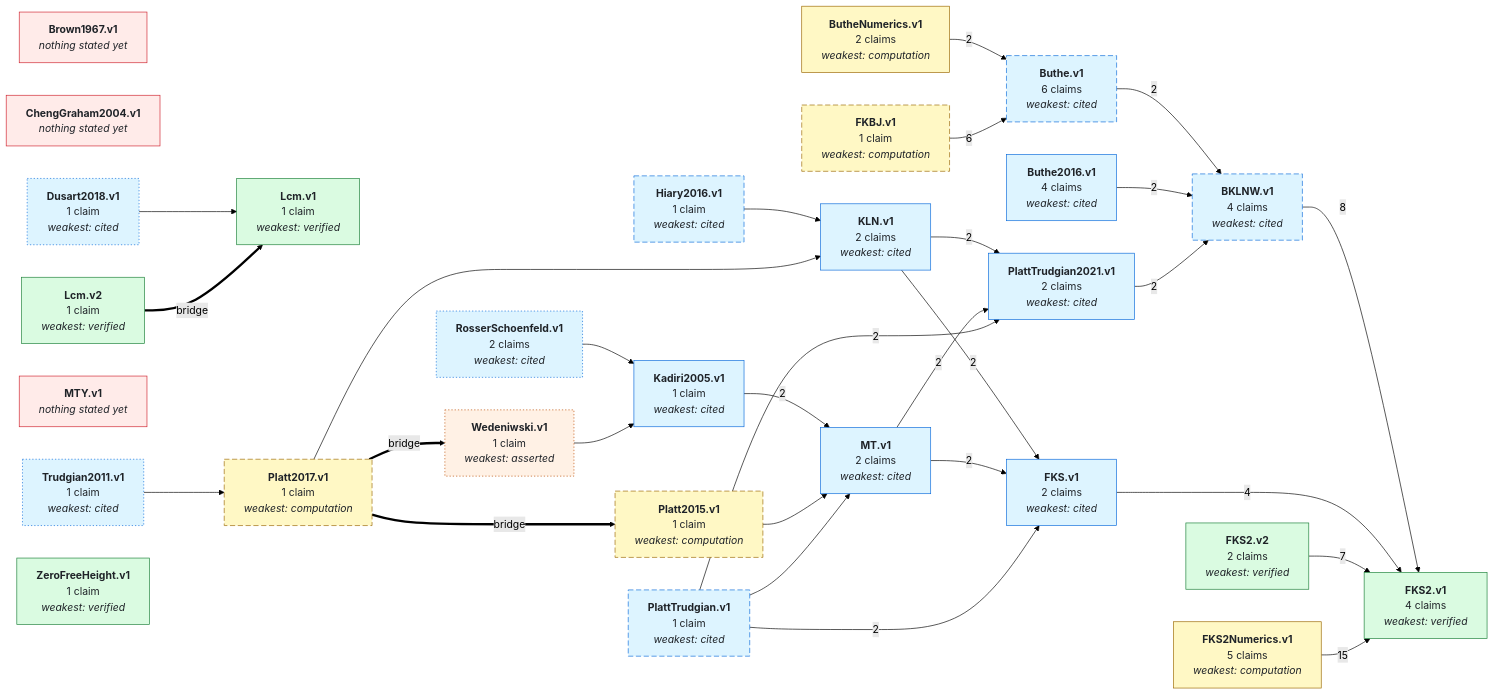
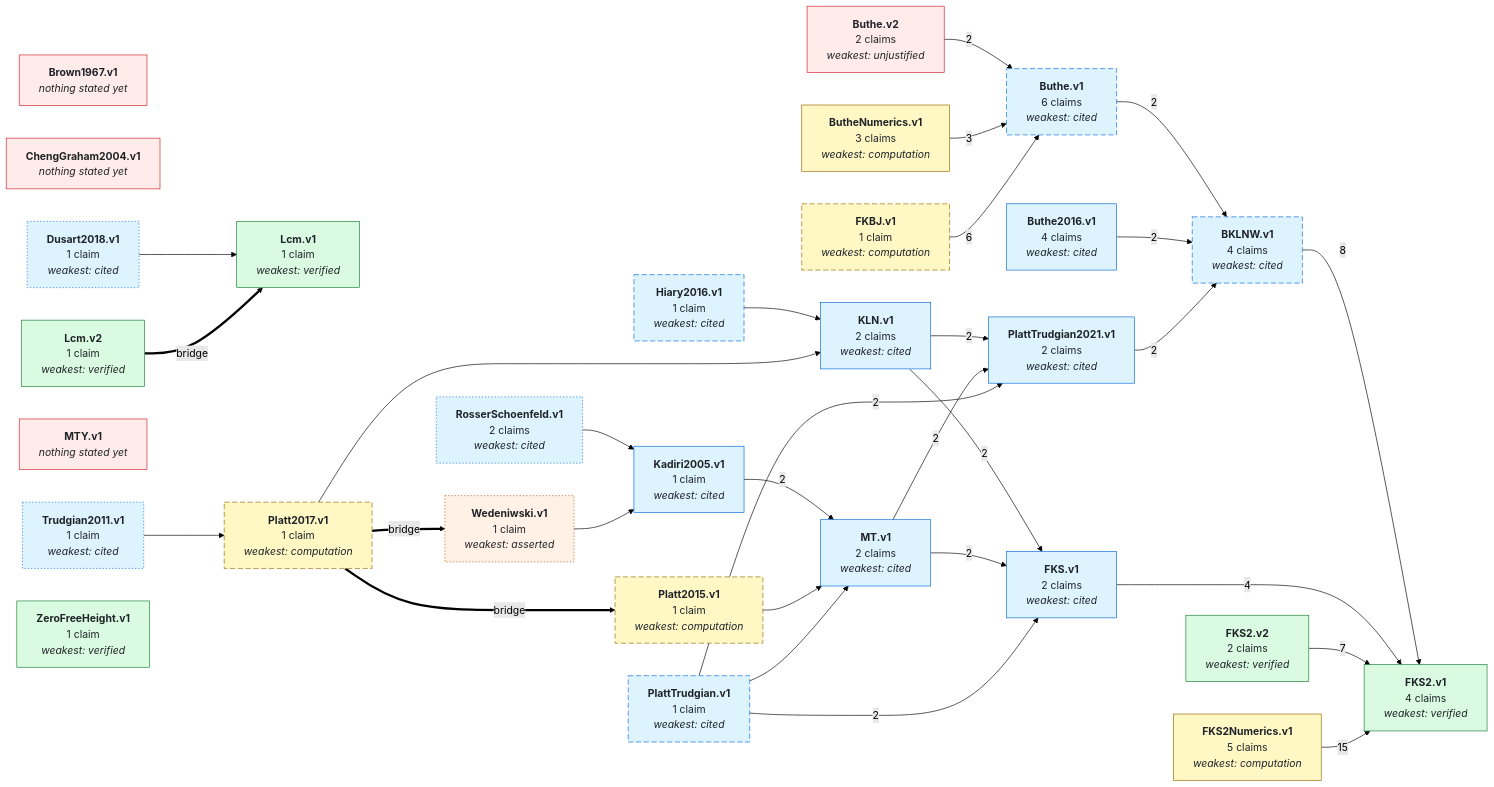
The first of 2 diagrams in GRAPH.md (teorth/IEANTN), drawn with Mermaid (forest theme) before and after one commit. The commit also changed other lines of this file and 14 other files, not shown here.

```diff
--- a/GRAPH.md
+++ b/GRAPH.md
@@ -55,8 +55,9 @@
   NBKLNW_v1["<b>BKLNW.v1</b><br/>4 claims<br/><i>weakest: cited</i>"]
   NBrown1967_v1["<b>Brown1967.v1</b><br/><i>nothing stated yet</i>"]
   NButhe_v1["<b>Buthe.v1</b><br/>6 claims<br/><i>weakest: cited</i>"]
+  NButhe_v2["<b>Buthe.v2</b><br/>2 claims<br/><i>weakest: unjustified</i>"]
   NButhe2016_v1["<b>Buthe2016.v1</b><br/>4 claims<br/><i>weakest: cited</i>"]
-  NButheNumerics_v1["<b>ButheNumerics.v1</b><br/>2 claims<br/><i>weakest: computation</i>"]
+  NButheNumerics_v1["<b>ButheNumerics.v1</b><br/>3 claims<br/><i>weakest: computation</i>"]
   NChengGraham2004_v1["<b>ChengGraham2004.v1</b><br/><i>nothing stated yet</i>"]
   NDusart2018_v1["<b>Dusart2018.v1</b><br/>1 claim<br/><i>weakest: cited</i>"]
   NFKBJ_v1["<b>FKBJ.v1</b><br/>1 claim<br/><i>weakest: computation</i>"]
@@ -81,8 +82,9 @@
   NZeroFreeHeight_v1["<b>ZeroFreeHeight.v1</b><br/>1 claim<br/><i>weakest: verified</i>"]
   NBKLNW_v1 -->|8| NFKS2_v1
   NButhe_v1 -->|2| NBKLNW_v1
+  NButhe_v2 -->|2| NButhe_v1
   NButhe2016_v1 -->|2| NBKLNW_v1
-  NButheNumerics_v1 -->|2| NButhe_v1
+  NButheNumerics_v1 -->|3| NButhe_v1
   NDusart2018_v1 --> NLcm_v1
   NFKBJ_v1 -->|6| NButhe_v1
   NFKS_v1 -->|4| NFKS2_v1
@@ -117,13 +119,14 @@
   style NRosserSchoenfeld_v1 stroke-dasharray: 2 3;
   style NTrudgian2011_v1 stroke-dasharray: 2 3;
   style NWedeniwski_v1 stroke-dasharray: 2 3;
-  class NBrown1967_v1,NChengGraham2004_v1,NMTY_v1 none_yet;
+  class NBrown1967_v1,NButhe_v2,NChengGraham2004_v1,NMTY_v1 none_yet;
   class NWedeniwski_v1 asserted;
   class NBKLNW_v1,NButhe_v1,NButhe2016_v1,NDusart2018_v1,NFKS_v1,NHiary2016_v1,NKLN_v1,NKadiri2005_v1,NMT_v1,NPlattTrudgian_v1,NPlattTrudgian2021_v1,NRosserSchoenfeld_v1,NTrudgian2011_v1 literature;
   class NButheNumerics_v1,NFKBJ_v1,NFKS2Numerics_v1,NPlatt2015_v1,NPlatt2017_v1 numerical;
   class NFKS2_v1,NFKS2_v2,NLcm_v1,NLcm_v2,NZeroFreeHeight_v1 lean_comparator;
   click NBKLNW_v1 href "https://github.com/teorth/IEANTN/blob/main/docs/nodes/BKLNW-v1.md" _blank
   click NButhe_v1 href "https://github.com/teorth/IEANTN/blob/main/docs/nodes/Buthe-v1.md" _blank
+  click NButhe_v2 href "https://github.com/teorth/IEANTN/blob/main/docs/nodes/Buthe-v2.md" _blank
   click NButhe2016_v1 href "https://github.com/teorth/IEANTN/blob/main/docs/nodes/Buthe2016-v1.md" _blank
   click NButheNumerics_v1 href "https://github.com/teorth/IEANTN/blob/main/docs/nodes/ButheNumerics-v1.md" _blank
   click NDusart2018_v1 href "https://github.com/teorth/IEANTN/blob/main/docs/nodes/Dusart2018-v1.md" _blank
```
